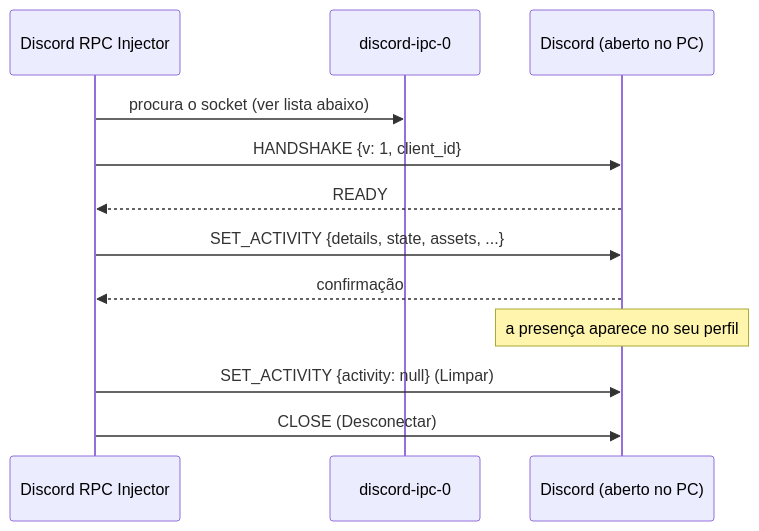
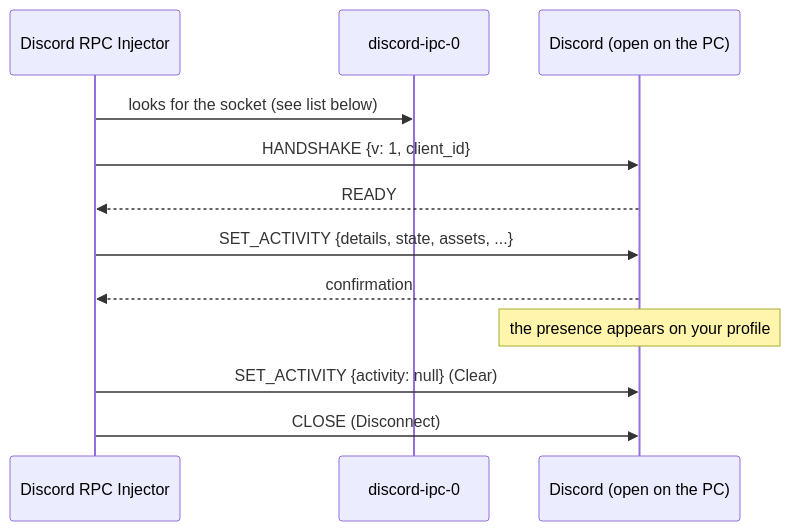
Before and after one commit to ericksousa32/Discord-RPC-Injector: the diagram in docs/04-como-funciona.md, drawn with Mermaid. The commit also changed other lines of this file and 14 other files, not shown here.

````diff
--- a/docs/04-como-funciona.md
+++ b/docs/04-como-funciona.md
@@ -9,14 +9,14 @@
 ```mermaid
 sequenceDiagram
     participant App as Discord RPC Injector
     participant Sock as discord-ipc-0
-    participant D as Discord (aberto no PC)
-    App->>Sock: procura o socket (ver lista abaixo)
+    participant D as Discord (open on the PC)
+    App->>Sock: looks for the socket (see list below)
     App->>D: HANDSHAKE {v: 1, client_id}
     D-->>App: READY
     App->>D: SET_ACTIVITY {details, state, assets, ...}
-    D-->>App: confirmação
-    Note over D: a presença aparece no seu perfil
-    App->>D: SET_ACTIVITY {activity: null}  (Limpar)
-    App->>D: CLOSE  (Desconectar)
+    D-->>App: confirmation
+    Note over D: the presence appears on your profile
+    App->>D: SET_ACTIVITY {activity: null}  (Clear)
+    App->>D: CLOSE  (Disconnect)
 ```
````
